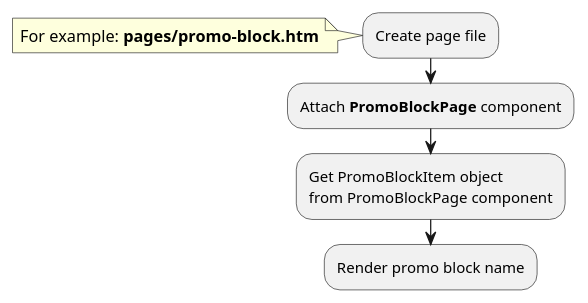
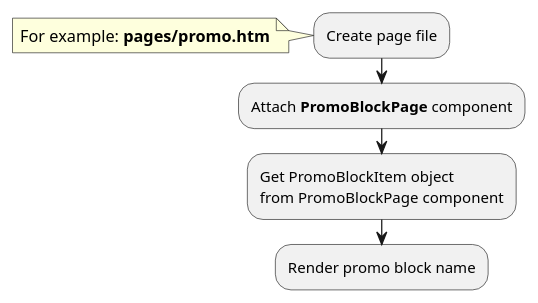
Before and after one commit to oc-shopaholic/oc-shopaholic-docs: the first of 3 diagrams in modules/promo-block/examples/examples.md, drawn with PlantUML. The commit also changed other lines of this file and 2 other files, not shown here.

Commit message:
Added example to order section

````diff
--- a/modules/promo-block/examples/examples.md
+++ b/modules/promo-block/examples/examples.md
@@ -34,12 +34,12 @@
 ```plantuml
 @startuml
 :Create page file;
 note left
-    For example: **pages/promo-block.htm**
+    For example: **pages/promo.htm**
 end note
 :Attach **PromoBlockPage** component;
 :Get PromoBlockItem object
 from PromoBlockPage component;
 :Render promo block name;
 @enduml
 ```
````
